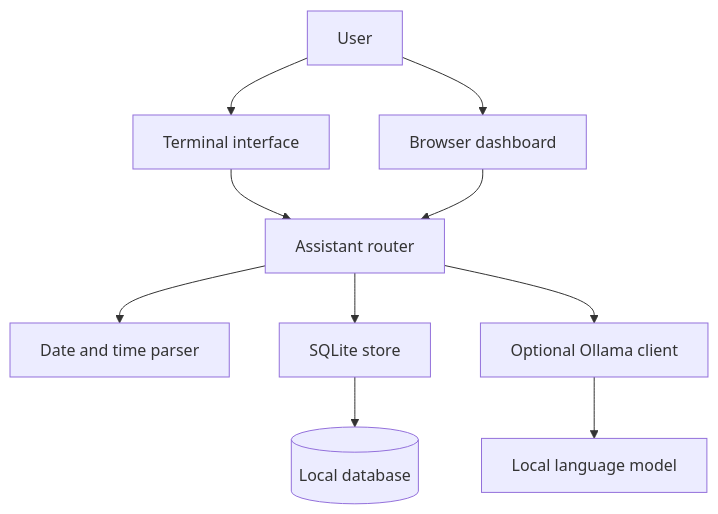
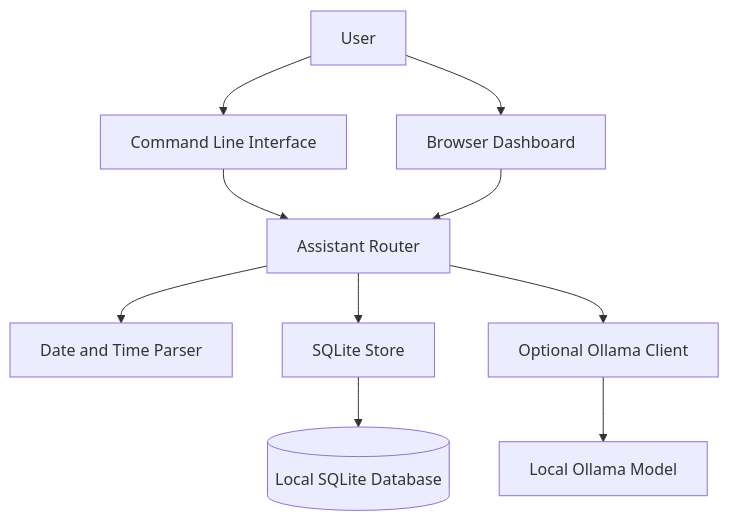
One commit to ansh44233/jarvis-assistant changed the diagram in README.md. Above: the diagram before and after it, drawn with Mermaid. The commit also changed other lines of this file, not shown here.

````diff
--- a/README.md
+++ b/README.md
@@ -155,12 +233,12 @@
 ```mermaid
 flowchart TD
-    U[User] --> CLI[Terminal interface]
-    U --> UI[Browser dashboard]
-    CLI --> CORE[Assistant router]
-    UI --> CORE
-    CORE --> PARSER[Date and time parser]
-    CORE --> STORE[SQLite store]
-    CORE --> AI[Optional Ollama client]
-    STORE --> DB[(Local database)]
-    AI --> MODEL[Local language model]
+    U[User] --> CLI[Command Line Interface]
+    U --> WEB[Browser Dashboard]
+    CLI --> CORE[Assistant Router]
+    WEB --> CORE
+    CORE --> TIME[Date and Time Parser]
+    CORE --> STORE[SQLite Store]
+    CORE --> AI[Optional Ollama Client]
+    STORE --> DB[(Local SQLite Database)]
+    AI --> MODEL[Local Ollama Model]
 ```
````
